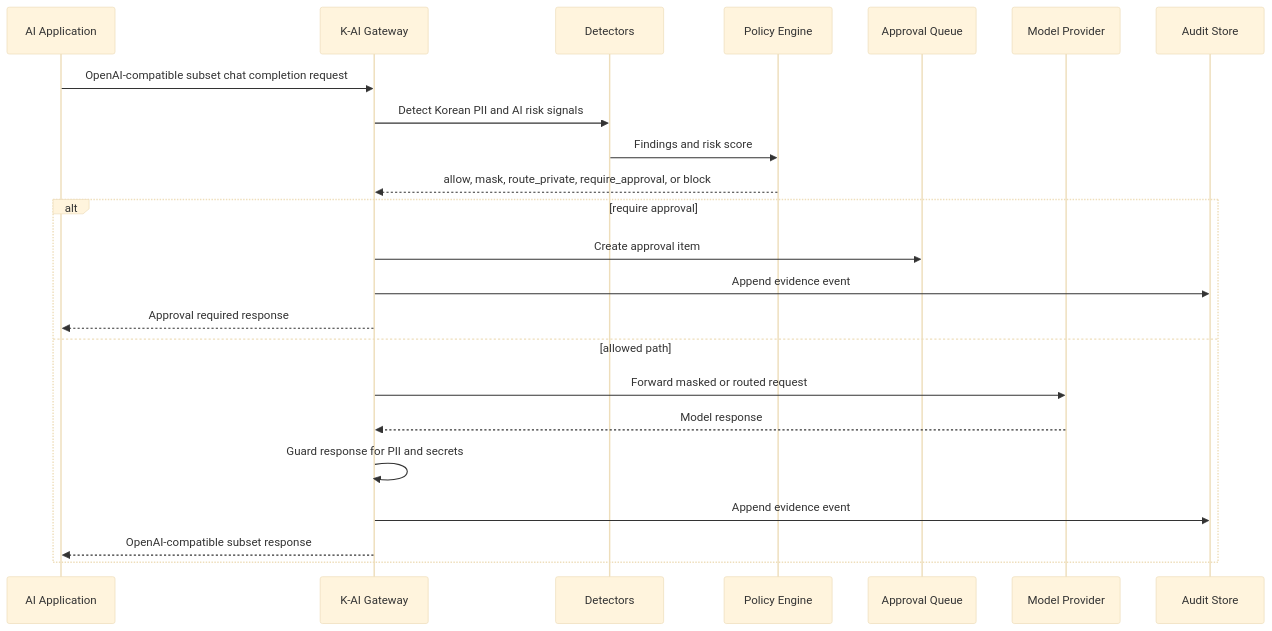
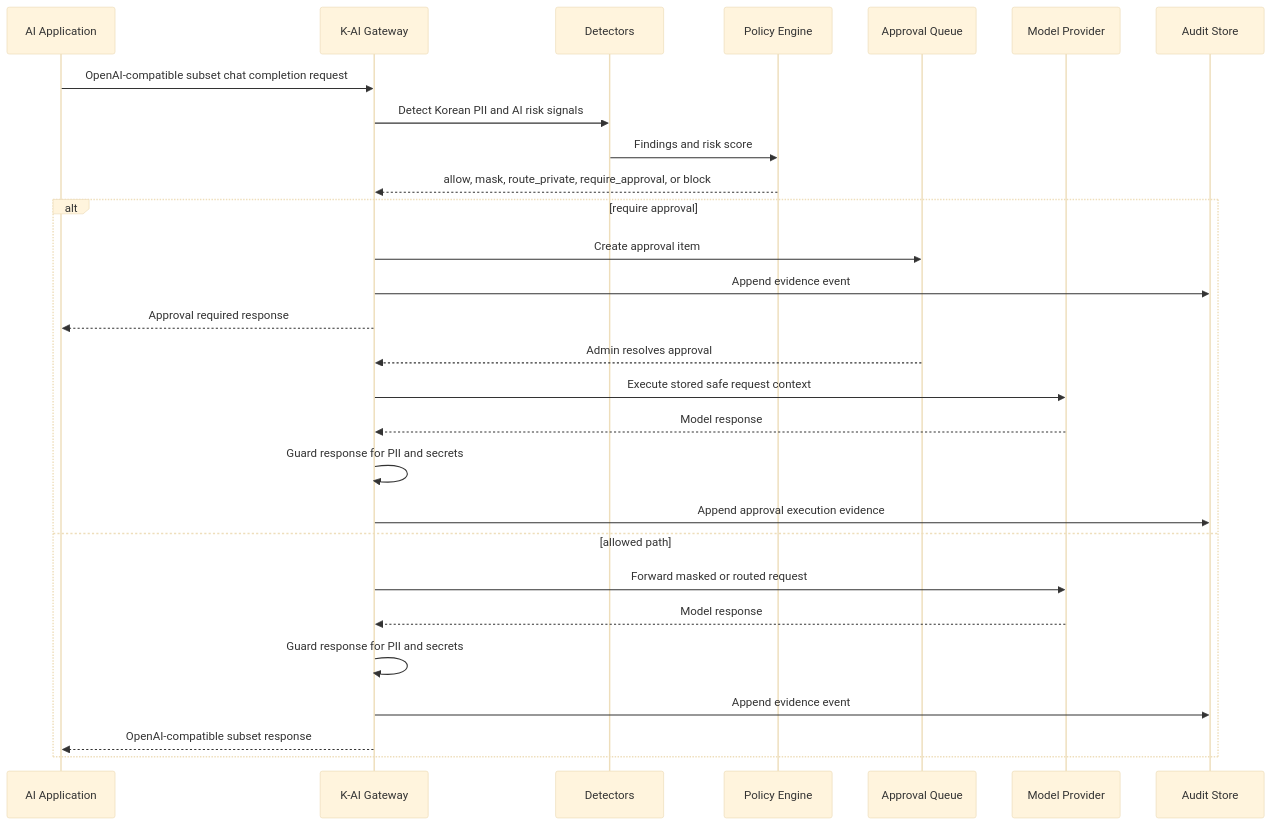
One commit to sinmb79/k-ai-security-gateway changed the second of 2 diagrams in README.md. Above: the diagram before and after it, drawn with Mermaid (base theme). The commit also changed other lines of this file and 12 other files, not shown here.

Commit message:
fix: harden approval execution and audit identity (#2)

````diff
--- a/README.md
+++ b/README.md
@@ -71,26 +71,31 @@
 ```mermaid
 sequenceDiagram
     participant App as AI Application
     participant GW as K-AI Gateway
     participant D as Detectors
     participant P as Policy Engine
     participant Q as Approval Queue
     participant M as Model Provider
     participant A as Audit Store
 
     App->>GW: OpenAI-compatible subset chat completion request
     GW->>D: Detect Korean PII and AI risk signals
     D->>P: Findings and risk score
     P-->>GW: allow, mask, route_private, require_approval, or block
     alt require approval
         GW->>Q: Create approval item
         GW->>A: Append evidence event
         GW-->>App: Approval required response
+        Q-->>GW: Admin resolves approval
+        GW->>M: Execute stored safe request context
+        M-->>GW: Model response
+        GW->>GW: Guard response for PII and secrets
+        GW->>A: Append approval execution evidence
     else allowed path
         GW->>M: Forward masked or routed request
         M-->>GW: Model response
         GW->>GW: Guard response for PII and secrets
         GW->>A: Append evidence event
         GW-->>App: OpenAI-compatible subset response
     end
 ```
````
